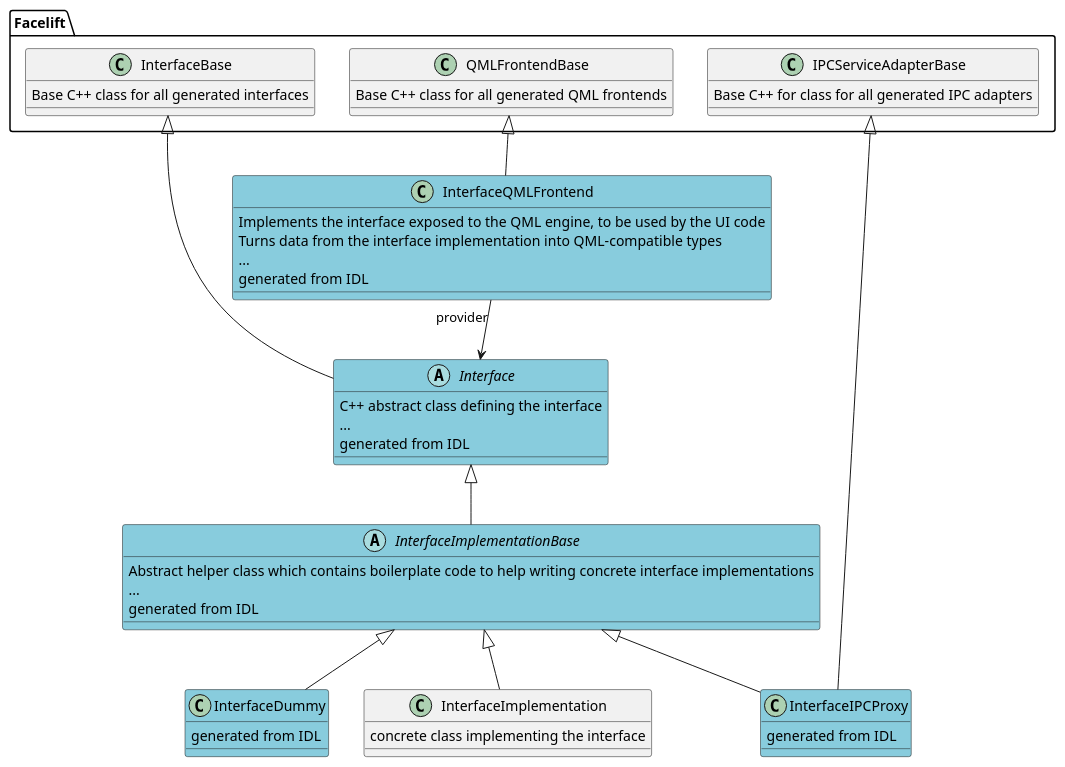
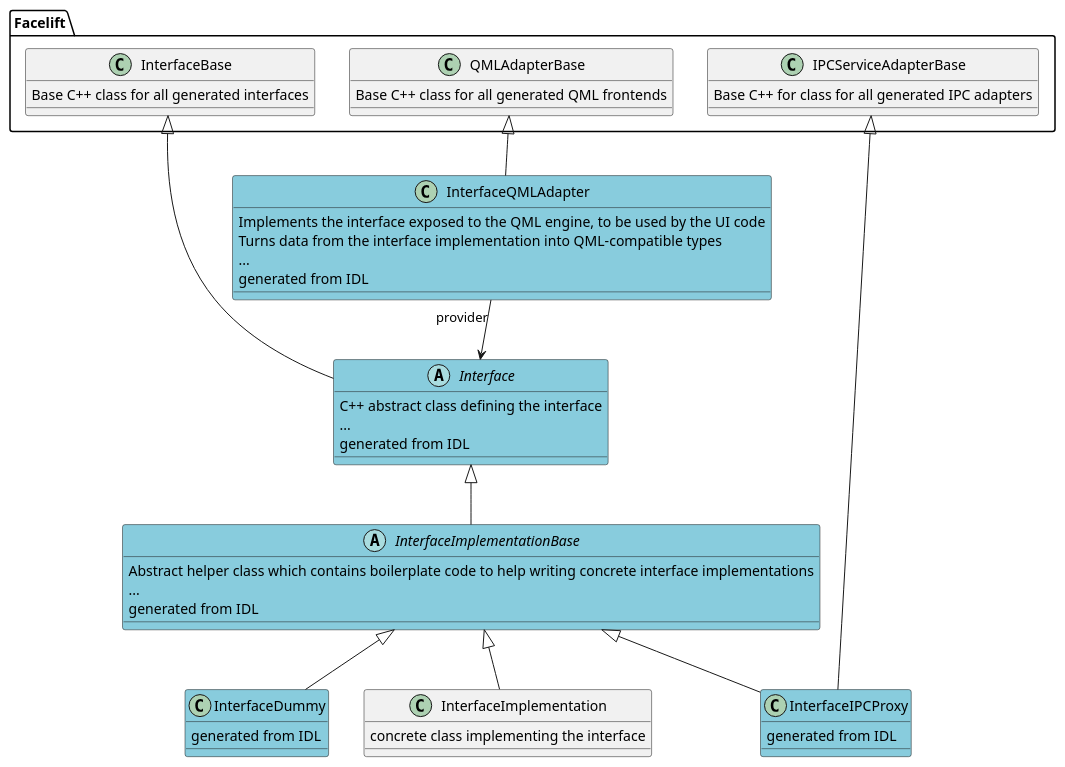
The diagram in doc/IPC classes.plantuml (Pelagicore/facelift), drawn with PlantUML before and after one commit. The commit also changed 35 other files, not shown here.

```diff
--- a/doc/IPC classes.plantuml
+++ b/doc/IPC classes.plantuml
@@ -1,72 +1,72 @@
 @startuml
 
 
 package Facelift {
 
     class InterfaceBase {
         Base C++ class for all generated interfaces
     }
 
-    class QMLFrontendBase {
+    class QMLAdapterBase {
         Base C++ class for all generated QML frontends
     }
 
     class IPCServiceAdapterBase {
         Base C++ for class for all generated IPC adapters
     }
 
 }
 
 
 abstract class Interface #88CCDD {
     C++ abstract class defining the interface
 ...
     generated from IDL
 }
 
 
 abstract class InterfaceImplementationBase #88CCDD {
     Abstract helper class which contains boilerplate code to help writing concrete interface implementations
 ...
     generated from IDL
 
 }
 
 
 class InterfaceDummy #88CCDD {
     generated from IDL
 }
 
 
 class InterfaceIPCProxy #88CCDD {
     generated from IDL
 }
 
 
-class InterfaceQMLFrontend #88CCDD {
+class InterfaceQMLAdapter #88CCDD {
     Implements the interface exposed to the QML engine, to be used by the UI code
     Turns data from the interface implementation into QML-compatible types
 ...
     generated from IDL
 
 }
 
 class InterfaceImplementation {
     concrete class implementing the interface
 
 }
 
 Interface <|-- InterfaceImplementationBase
 InterfaceImplementationBase <|-- InterfaceImplementation
 InterfaceImplementationBase <|-- InterfaceDummy
 InterfaceImplementationBase <|-- InterfaceIPCProxy
 IPCServiceAdapterBase <|-- InterfaceIPCProxy
 
-InterfaceQMLFrontend  "provider" --> Interface
+InterfaceQMLAdapter  "provider" --> Interface
 
 
 InterfaceBase <|-- Interface
 
-QMLFrontendBase <|-- InterfaceQMLFrontend
+QMLAdapterBase <|-- InterfaceQMLAdapter
 
 @enduml
```
